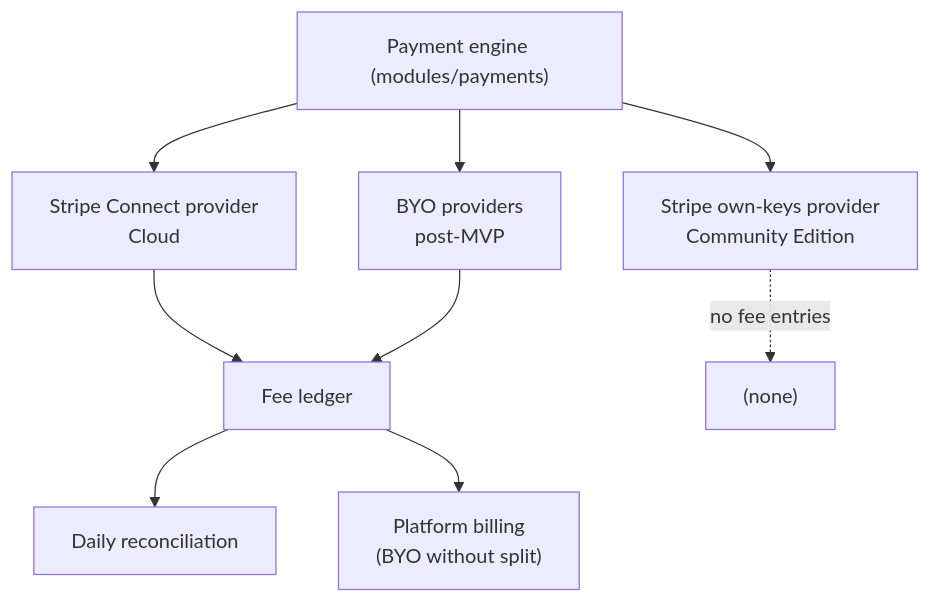
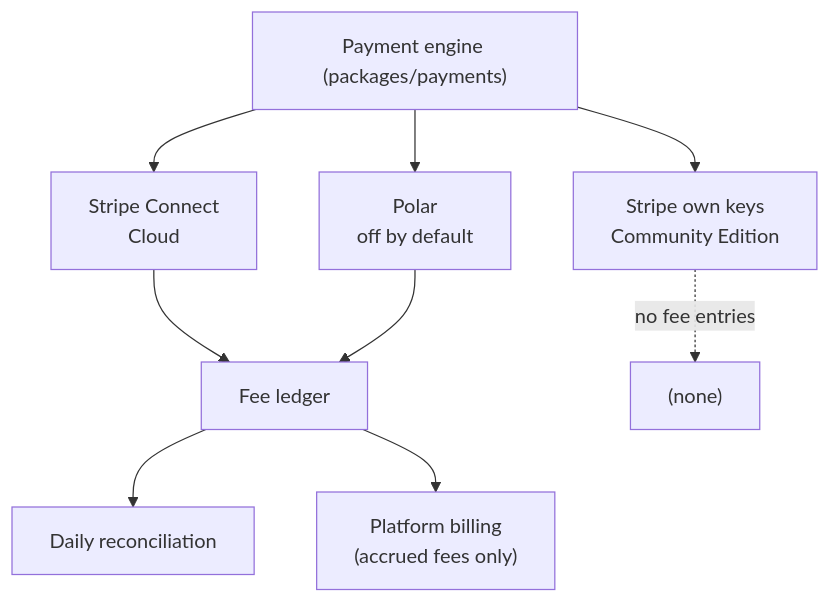
Before and after one commit to cohory/cohory: the diagram in docs/architecture/payments.md, drawn with Mermaid. The commit also changed other lines of this file and 117 other files, not shown here.

````diff
--- a/docs/architecture/payments.md
+++ b/docs/architecture/payments.md
@@ -21,11 +22,11 @@
 ```mermaid
 flowchart TD
-    PE["Payment engine (modules/payments)"] --> SC["Stripe Connect provider<br/>Cloud"]
-    PE --> OK["Stripe own-keys provider<br/>Community Edition"]
-    PE --> BYO["BYO providers<br/>post-MVP"]
+    PE["Payment engine (packages/payments)"] --> SC["Stripe Connect<br/>Cloud"]
+    PE --> OK["Stripe own keys<br/>Community Edition"]
+    PE --> BYO["Polar<br/>off by default"]
     SC --> FL["Fee ledger"]
     BYO --> FL
     OK -. "no fee entries" .-> X["(none)"]
     FL --> REC["Daily reconciliation"]
-    FL --> PB["Platform billing<br/>(BYO without split)"]
+    FL --> PB["Platform billing<br/>(accrued fees only)"]
 ```
````
